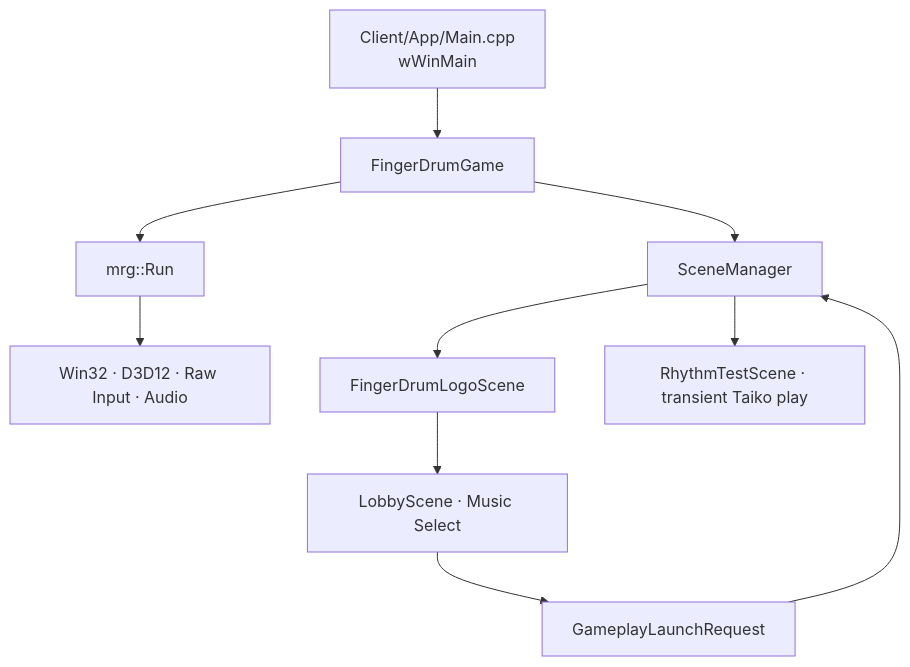
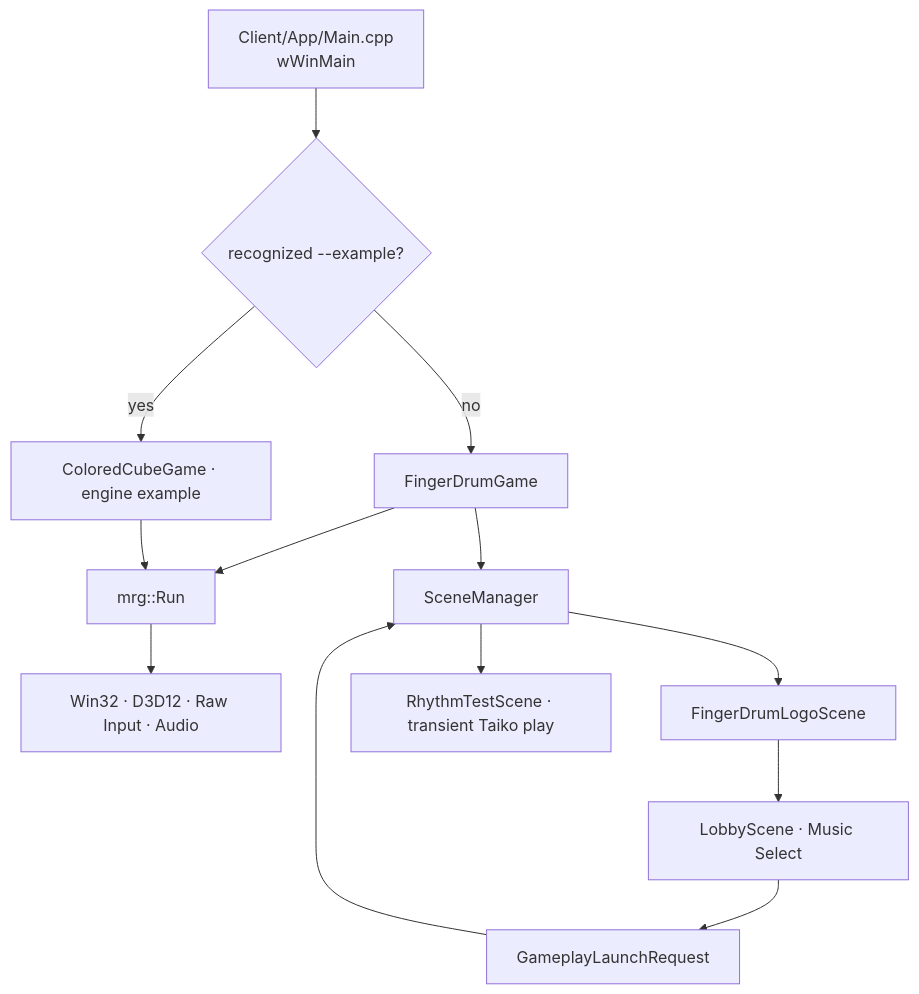
One commit to 4dblackhole/MyRhythmGame-Client changed the diagram in Docs/ExecutionFlow.md. Above: the diagram before and after it, drawn with Mermaid. The commit also changed other lines of this file and 5 other files, not shown here.

````diff
--- a/Docs/ExecutionFlow.md
+++ b/Docs/ExecutionFlow.md
@@ -6,12 +6,15 @@
 ```mermaid
 flowchart TD
-    Entry["Client/App/Main.cpp\nwWinMain"] --> Game["FingerDrumGame"]
+    Entry["Client/App/Main.cpp\nwWinMain"] --> Route{"recognized --example?"}
+    Route -->|"no"| Game["FingerDrumGame"]
+    Route -->|"yes"| Example["ColoredCubeGame · engine example"]
     Game --> Run["mrg::Run"]
+    Example --> Run
     Run --> Systems["Win32 · D3D12 · Raw Input · Audio"]
     Game --> Manager["SceneManager"]
     Manager --> Logo["FingerDrumLogoScene"]
     Logo --> Lobby["LobbyScene · Music Select"]
     Lobby --> Request["GameplayLaunchRequest"]
     Request --> Manager
     Manager --> Test["RhythmTestScene · transient Taiko play"]
 ```
````
